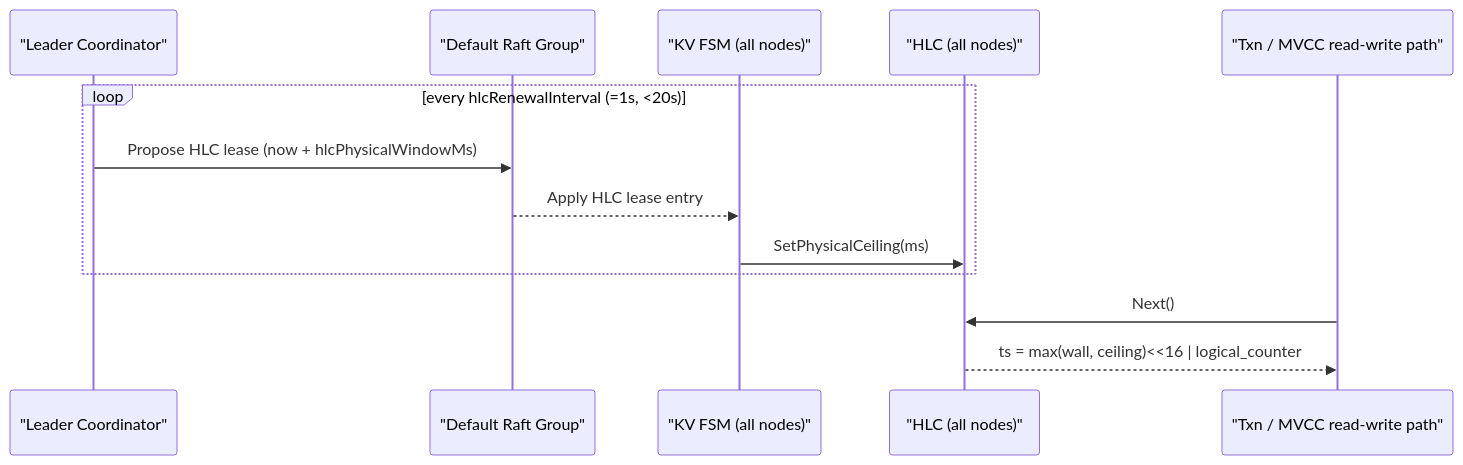
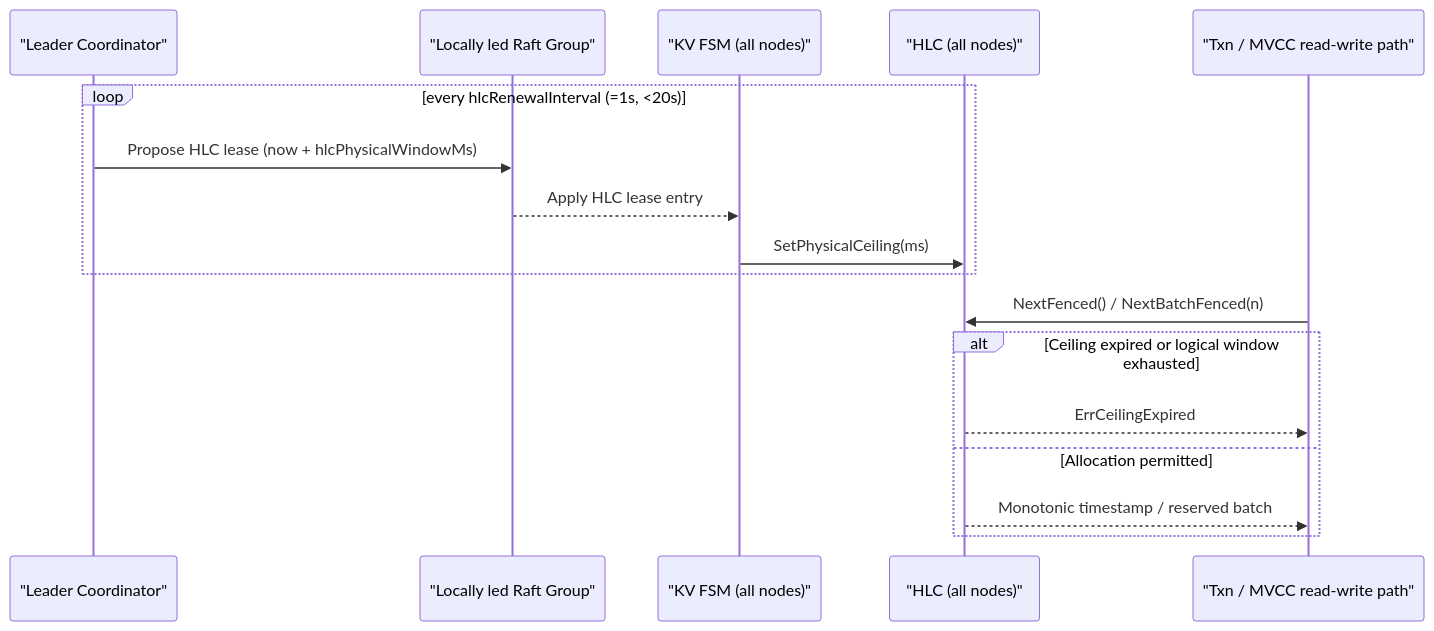
One commit to bootjp/elastickv changed the fourth of 4 diagrams in docs/architecture_overview.md. Above: the diagram before and after it, drawn with Mermaid. The commit also changed other lines of this file and 2 other files, not shown here.

````diff
--- a/docs/architecture_overview.md
+++ b/docs/architecture_overview.md
@@ -175,17 +204,21 @@
 ```mermaid
 sequenceDiagram
   participant L as "Leader Coordinator"
-  participant RG as "Default Raft Group"
+  participant RG as "Locally led Raft Group"
   participant F as "KV FSM (all nodes)"
   participant H as "HLC (all nodes)"
   participant Tx as "Txn / MVCC read-write path"
 
   loop every hlcRenewalInterval (=1s, <20s)
     L->>RG: Propose HLC lease (now + hlcPhysicalWindowMs)
     RG-->>F: Apply HLC lease entry
     F->>H: SetPhysicalCeiling(ms)
   end
 
-  Tx->>H: Next()
-  H-->>Tx: ts = max(wall, ceiling)<<16 | logical_counter
+  Tx->>H: NextFenced() / NextBatchFenced(n)
+  alt Ceiling expired or logical window exhausted
+    H-->>Tx: ErrCeilingExpired
+  else Allocation permitted
+    H-->>Tx: Monotonic timestamp / reserved batch
+  end
 ```
````
